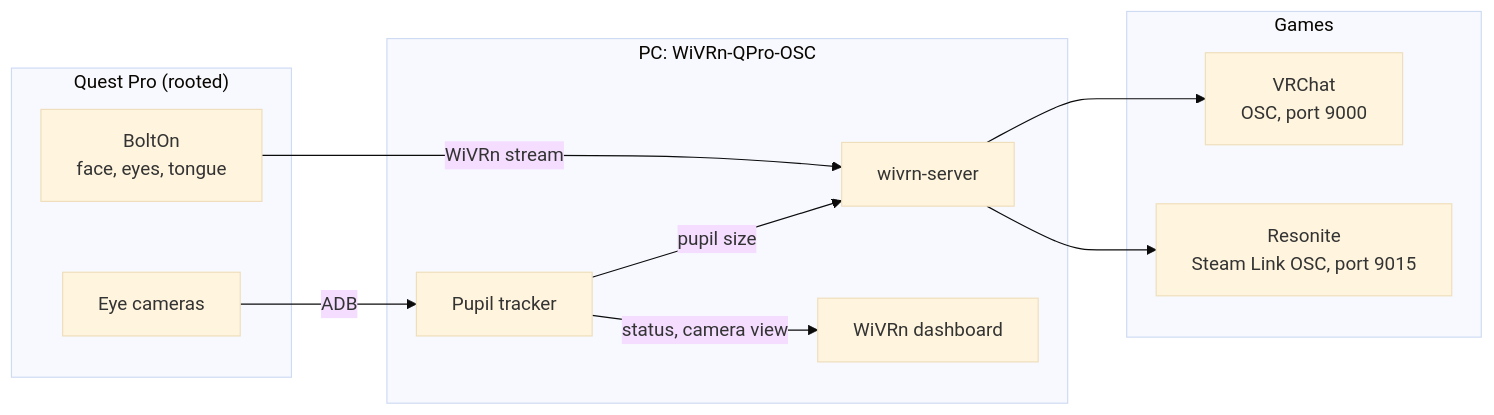
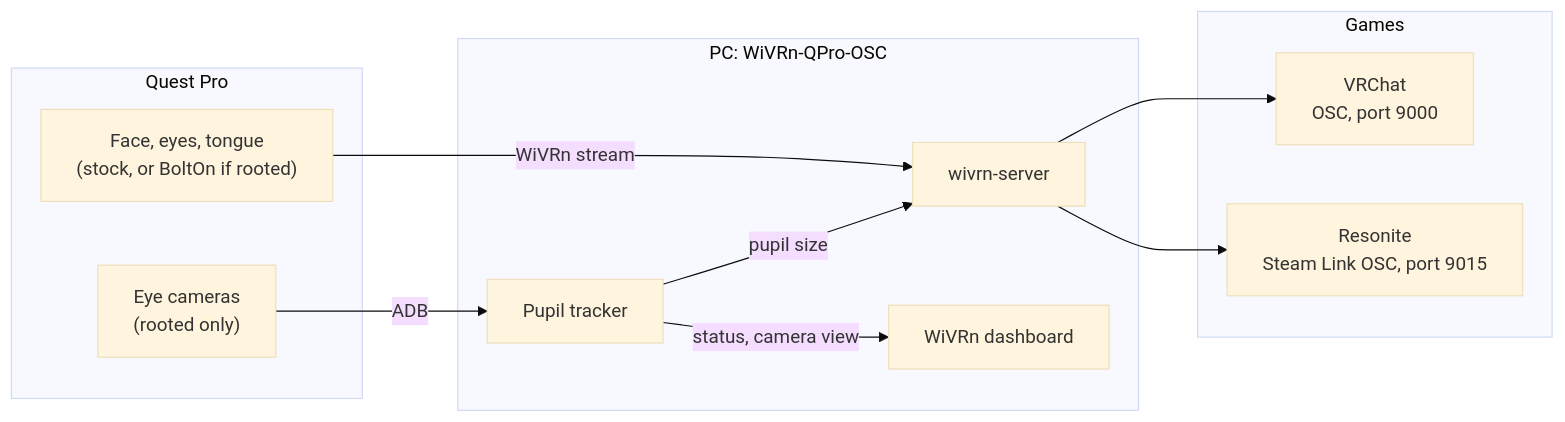
The diagram in README.md (Seventh-Void/WiVRn-QPro-OSC), drawn with Mermaid (base theme) before and after one commit. The commit also changed other lines of this file, not shown here.

First line of the commit message:
README: stock (unrooted) Quest Pro setup, rooted vs stock feature table

````diff
--- a/README.md
+++ b/README.md
@@ -25,22 +25,22 @@
 ```mermaid
 flowchart LR
-    subgraph Headset["Quest Pro (rooted)"]
-        BoltOn["BoltOn<br/>face, eyes, tongue"]
-        Cameras["Eye cameras"]
+    subgraph Headset["Quest Pro"]
+        BoltOn["Face, eyes, tongue<br/>(stock, or BoltOn if rooted)"]
+        Cameras["Eye cameras<br/>(rooted only)"]
     end
     subgraph PC["PC: WiVRn-QPro-OSC"]
         Server["wivrn-server"]
         Pupils["Pupil tracker"]
         Dashboard["WiVRn dashboard"]
     end
     subgraph Games["Games"]
         VRChat["VRChat<br/>OSC, port 9000"]
         Resonite["Resonite<br/>Steam Link OSC, port 9015"]
     end
     BoltOn -- "WiVRn stream" --> Server
     Cameras -- "ADB" --> Pupils
     Pupils -- "pupil size" --> Server
     Pupils -- "status, camera view" --> Dashboard
     Server --> VRChat
     Server --> Resonite
 ```
````
